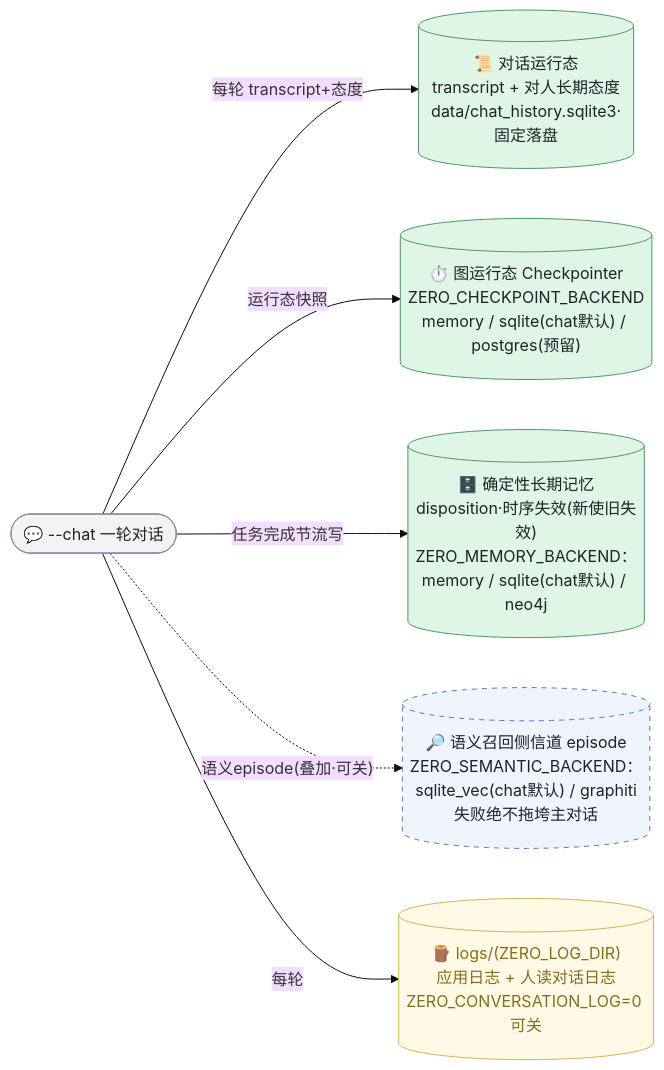
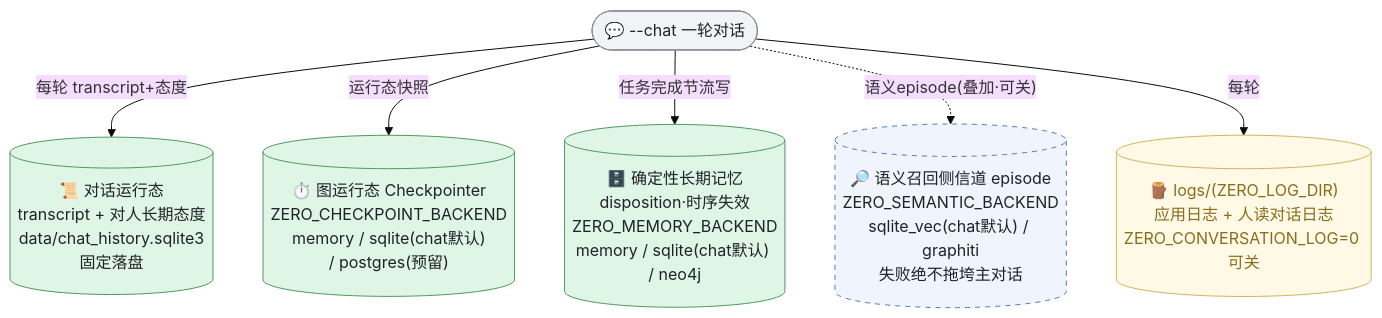
The diagram in docs/v2/chat-persistence-map.mmd (WizardHeHeJun/Zero), drawn with Mermaid (base theme) before and after one commit. The commit also changed 2 other files, not shown here.

Commit message:
docs(figures): 修 README 新图显示过大——落点地图改 TB 横排(宽高比 0.44→5.03)，近方图 img width 控显示宽

```diff
--- a/docs/v2/chat-persistence-map.mmd
+++ b/docs/v2/chat-persistence-map.mmd
@@ -1,18 +1,18 @@
-flowchart LR
+flowchart TB
   chat(["💬 --chat 一轮对话"]):::terminal
-  translog[("📜 对话运行态<br/>transcript + 对人长期态度<br/>data/chat_history.sqlite3·固定落盘")]:::memory
-  ckpt[("⏱️ 图运行态 Checkpointer<br/>ZERO_CHECKPOINT_BACKEND<br/>memory / sqlite(chat默认) / postgres(预留)")]:::memory
-  graphdb[("🗄️ 确定性长期记忆<br/>disposition·时序失效(新使旧失效)<br/>ZERO_MEMORY_BACKEND：memory / sqlite(chat默认) / neo4j")]:::memory
-  vec[("🔎 语义召回侧信道 episode<br/>ZERO_SEMANTIC_BACKEND：sqlite_vec(chat默认) / graphiti<br/>失败绝不拖垮主对话")]:::sidechan
+  translog[("📜 对话运行态<br/>transcript + 对人长期态度<br/>data/chat_history.sqlite3<br/>固定落盘")]:::memory
+  ckpt[("⏱️ 图运行态 Checkpointer<br/>ZERO_CHECKPOINT_BACKEND<br/>memory / sqlite(chat默认)<br/>/ postgres(预留)")]:::memory
+  graphdb[("🗄️ 确定性长期记忆<br/>disposition·时序失效<br/>ZERO_MEMORY_BACKEND<br/>memory / sqlite(chat默认) / neo4j")]:::memory
+  vec[("🔎 语义召回侧信道 episode<br/>ZERO_SEMANTIC_BACKEND<br/>sqlite_vec(chat默认) / graphiti<br/>失败绝不拖垮主对话")]:::sidechan
   logs[("🪵 logs/(ZERO_LOG_DIR)<br/>应用日志 + 人读对话日志<br/>ZERO_CONVERSATION_LOG=0 可关")]:::log
 
   chat -->|"每轮 transcript+态度"| translog
   chat -->|"运行态快照"| ckpt
   chat -->|"任务完成节流写"| graphdb
   chat -.->|"语义episode(叠加·可关)"| vec
   chat -->|"每轮"| logs
 
   classDef terminal fill:#F1F3F5,stroke:#868E96,color:#1F2329
   classDef memory fill:#DFF5E5,stroke:#509863,color:#1F2329
   classDef sidechan fill:#F0F4FC,stroke:#5178C6,stroke-dasharray:5 5,color:#1F2329
   classDef log fill:#FFF9E6,stroke:#D4B45B,color:#8A6D1B
```
